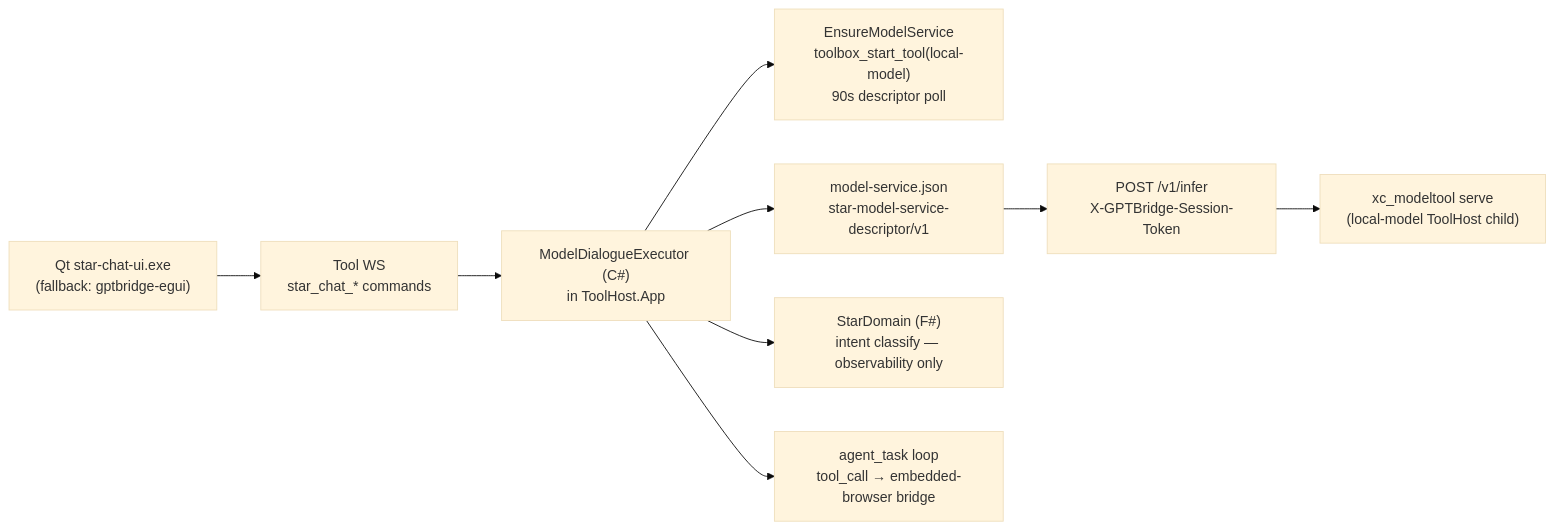
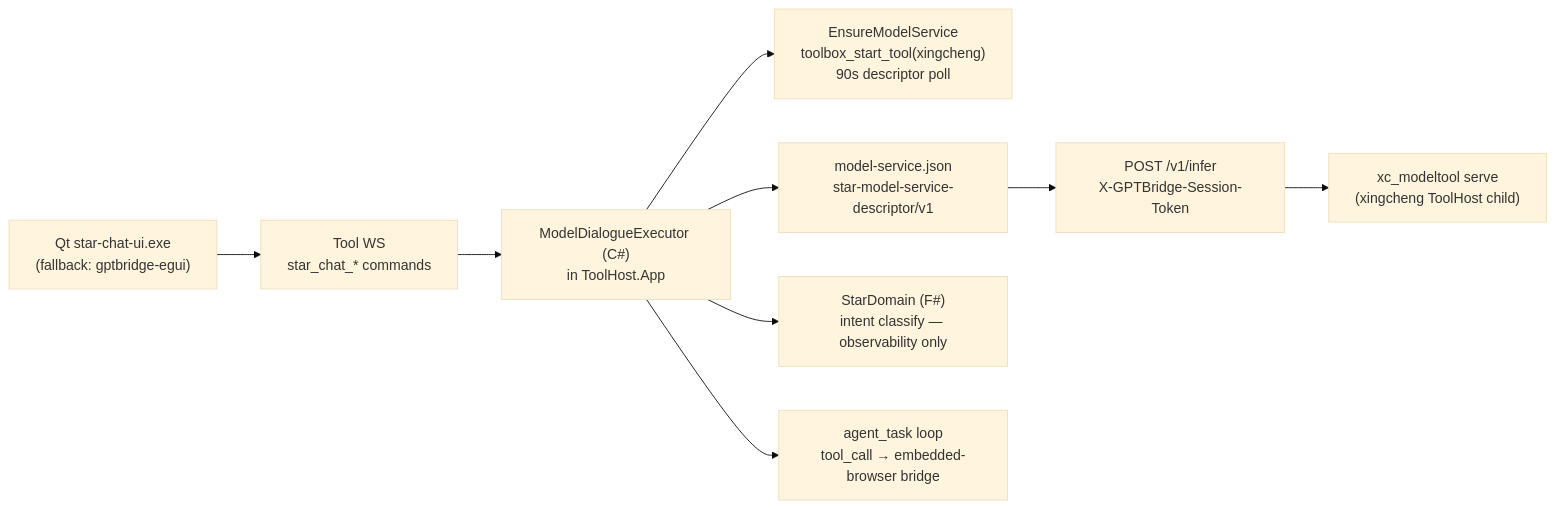
The diagram in governance_rule/codex/architecture-tool-model-dialogue.md (guilty442-source/GPTBridge), drawn with Mermaid (base theme) before and after one commit. The commit also changed other lines of this file and 16 other files, not shown here.

First line of the commit message:
Re-home xc-model-service under xingcheng runtime ownership

````diff
--- a/governance_rule/codex/architecture-tool-model-dialogue.md
+++ b/governance_rule/codex/architecture-tool-model-dialogue.md
@@ -5,11 +5,11 @@
 ```mermaid
 flowchart LR
   UI["Qt star-chat-ui.exe<br/>(fallback: gptbridge-egui)"] --> WS["Tool WS<br/>star_chat_* commands"]
   WS --> EXEC["ModelDialogueExecutor (C#)<br/>in ToolHost.App"]
-  EXEC --> BROKER["EnsureModelService<br/>toolbox_start_tool(local-model)<br/>90s descriptor poll"]
+  EXEC --> BROKER["EnsureModelService<br/>toolbox_start_tool(xingcheng)<br/>90s descriptor poll"]
   EXEC --> DESC["model-service.json<br/>star-model-service-descriptor/v1"]
   DESC --> V1["POST /v1/infer<br/>X-GPTBridge-Session-Token"]
-  V1 --> SERVE["xc_modeltool serve<br/>(local-model ToolHost child)"]
+  V1 --> SERVE["xc_modeltool serve<br/>(xingcheng ToolHost child)"]
   EXEC --> FS["StarDomain (F#)<br/>intent classify — observability only"]
   EXEC --> AGENT["agent_task loop<br/>tool_call → embedded-browser bridge"]
 ```
````
